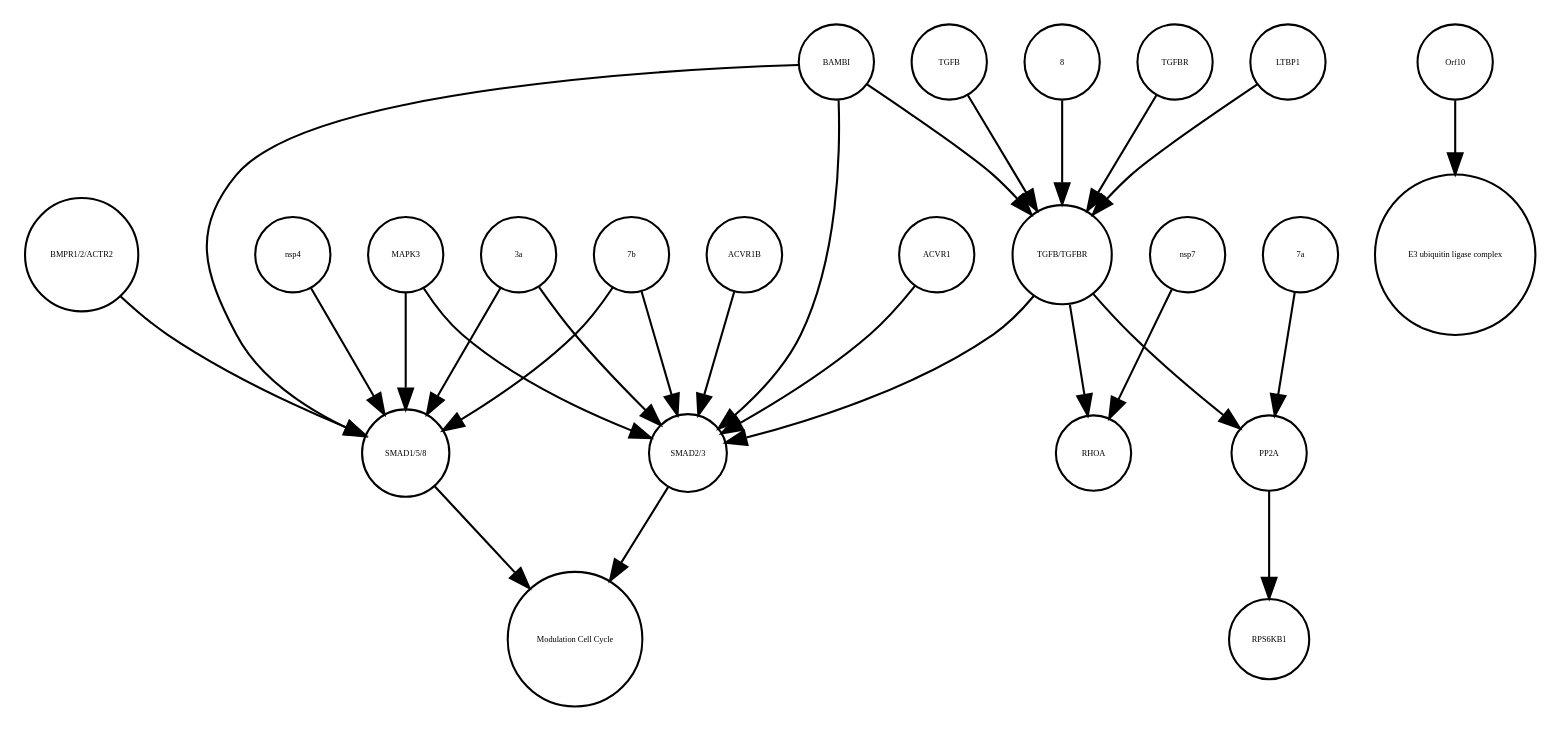
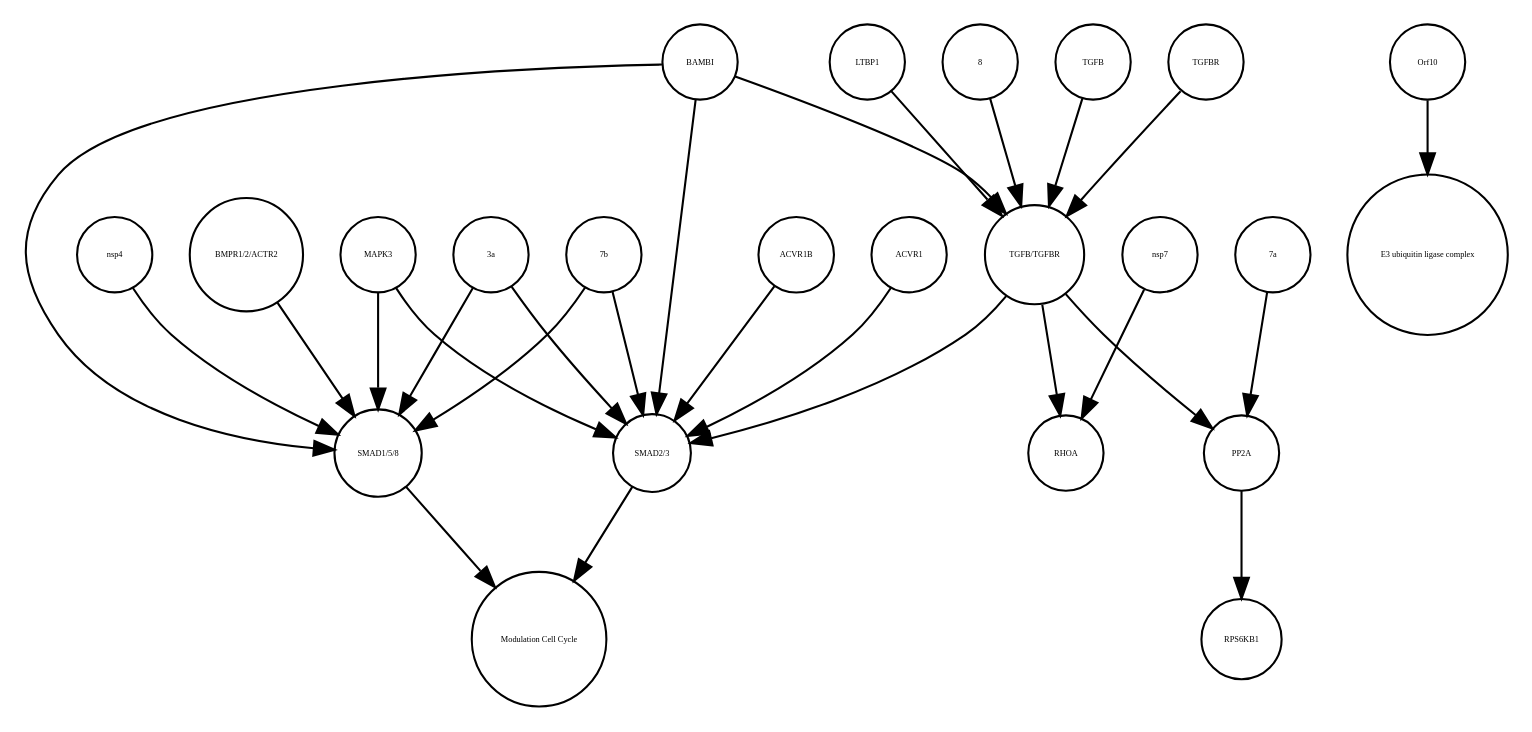
The diagram in TGFB_pathway_stable.xml_projected.dot (cannin/covid19-sbgn), drawn with Graphviz before and after one commit. The commit also changed other lines of this file and 564 other files, not shown here.

```diff
--- a/TGFB_pathway_stable.xml_projected.dot
+++ b/TGFB_pathway_stable.xml_projected.dot
@@ -1,51 +1,51 @@
 strict digraph  {
 "SMAD1/5/8" [annotation="", bipartite=0, cls=complex, fontsize=4, label="SMAD1/5/8", shape=circle];
 "Modulation Cell Cycle" [annotation="", bipartite=0, cls=phenotype, fontsize=4, label="Modulation Cell Cycle", shape=circle];
 "SMAD2/3" [annotation="", bipartite=0, cls=complex, fontsize=4, label="SMAD2/3", shape=circle];
+RHOA [annotation="", bipartite=0, cls=macromolecule, fontsize=4, label=RHOA, shape=circle];
+BAMBI [annotation="", bipartite=0, cls=macromolecule, fontsize=4, label=BAMBI, shape=circle];
+nsp4 [annotation="", bipartite=0, cls=macromolecule, fontsize=4, label=nsp4, shape=circle];
+ACVR1B [annotation="", bipartite=0, cls=macromolecule, fontsize=4, label=ACVR1B, shape=circle];
+nsp7 [annotation="", bipartite=0, cls=macromolecule, fontsize=4, label=nsp7, shape=circle];
 8 [annotation="", bipartite=0, cls=macromolecule, fontsize=4, label=8, shape=circle];
-ACVR1B [annotation="", bipartite=0, cls=macromolecule, fontsize=4, label=ACVR1B, shape=circle];
-RHOA [annotation="", bipartite=0, cls=macromolecule, fontsize=4, label=RHOA, shape=circle];
+MAPK3 [annotation="", bipartite=0, cls=macromolecule, fontsize=4, label=MAPK3, shape=circle];
 "BMPR1/2/ACTR2" [annotation="", bipartite=0, cls=complex, fontsize=4, label="BMPR1/2/ACTR2", shape=circle];
-MAPK3 [annotation="", bipartite=0, cls=macromolecule, fontsize=4, label=MAPK3, shape=circle];
+"E3 ubiquitin ligase complex" [annotation="", bipartite=0, cls=complex, fontsize=4, label="E3 ubiquitin ligase complex", shape=circle];
+TGFB [annotation="", bipartite=0, cls=macromolecule, fontsize=4, label=TGFB, shape=circle];
+TGFBR [annotation="", bipartite=0, cls=complex, fontsize=4, label=TGFBR, shape=circle];
+PP2A [annotation="", bipartite=0, cls=complex, fontsize=4, label=PP2A, shape=circle];
+Orf10 [annotation=urn_miriam_ncbiprotein_BCD58762, bipartite=0, cls=macromolecule, fontsize=4, label=Orf10, shape=circle];
+LTBP1 [annotation="", bipartite=0, cls=macromolecule, fontsize=4, label=LTBP1, shape=circle];
+"TGFB/TGFBR" [annotation="", bipartite=0, cls=complex, fontsize=4, label="TGFB/TGFBR", shape=circle];
 "3a" [annotation="", bipartite=0, cls=macromolecule, fontsize=4, label="3a", shape=circle];
-TGFBR [annotation="", bipartite=0, cls=complex, fontsize=4, label=TGFBR, shape=circle];
-LTBP1 [annotation="", bipartite=0, cls=macromolecule, fontsize=4, label=LTBP1, shape=circle];
-"E3 ubiquitin ligase complex" [annotation="", bipartite=0, cls=complex, fontsize=4, label="E3 ubiquitin ligase complex", shape=circle];
-BAMBI [annotation="", bipartite=0, cls=macromolecule, fontsize=4, label=BAMBI, shape=circle];
 RPS6KB1 [annotation="", bipartite=0, cls=macromolecule, fontsize=4, label=RPS6KB1, shape=circle];
 ACVR1 [annotation="", bipartite=0, cls=macromolecule, fontsize=4, label=ACVR1, shape=circle];
-PP2A [annotation="", bipartite=0, cls=complex, fontsize=4, label=PP2A, shape=circle];
-nsp4 [annotation="", bipartite=0, cls=macromolecule, fontsize=4, label=nsp4, shape=circle];
-"TGFB/TGFBR" [annotation="", bipartite=0, cls=complex, fontsize=4, label="TGFB/TGFBR", shape=circle];
+"7a" [annotation="", bipartite=0, cls=macromolecule, fontsize=4, label="7a", shape=circle];
 "7b" [annotation="", bipartite=0, cls=macromolecule, fontsize=4, label="7b", shape=circle];
-TGFB [annotation="", bipartite=0, cls=macromolecule, fontsize=4, label=TGFB, shape=circle];
-Orf10 [annotation=urn_miriam_ncbiprotein_BCD58762, bipartite=0, cls=macromolecule, fontsize=4, label=Orf10, shape=circle];
-"7a" [annotation="", bipartite=0, cls=macromolecule, fontsize=4, label="7a", shape=circle];
-nsp7 [annotation="", bipartite=0, cls=macromolecule, fontsize=4, label=nsp7, shape=circle];
 "SMAD1/5/8" -> "Modulation Cell Cycle"  [annotation="", interaction_type=stimulation];
 "SMAD2/3" -> "Modulation Cell Cycle"  [annotation="", interaction_type=stimulation];
+BAMBI -> "SMAD2/3"  [annotation="urn_miriam_doi_10.1101%2F2020.06.17.156455", interaction_type=inhibition];
+BAMBI -> "SMAD1/5/8"  [annotation="urn_miriam_doi_10.1101%2F2020.06.17.156455", interaction_type=inhibition];
+BAMBI -> "TGFB/TGFBR"  [annotation="urn_miriam_doi_10.1101%2F2020.06.17.156455", interaction_type=inhibition];
+nsp4 -> "SMAD1/5/8"  [annotation="urn_miriam_doi_10.1101%2F2020.06.17.156455", interaction_type=stimulation];
+ACVR1B -> "SMAD2/3"  [annotation="urn_miriam_doi_10.1101%2F2020.06.17.156455", interaction_type=catalysis];
+nsp7 -> RHOA  [annotation="urn_miriam_doi_10.1101%2F2020.06.17.156455", interaction_type=stimulation];
 8 -> "TGFB/TGFBR"  [annotation="urn_miriam_doi_10.1101%2F2020.06.17.156455", interaction_type=stimulation];
-ACVR1B -> "SMAD2/3"  [annotation="urn_miriam_doi_10.1101%2F2020.06.17.156455", interaction_type=catalysis];
-"BMPR1/2/ACTR2" -> "SMAD1/5/8"  [annotation="urn_miriam_doi_10.1101%2F2020.06.17.156455", interaction_type=catalysis];
 MAPK3 -> "SMAD2/3"  [annotation="urn_miriam_doi_10.1101%2F2020.06.17.156455", interaction_type=inhibition];
 MAPK3 -> "SMAD1/5/8"  [annotation="urn_miriam_doi_10.1101%2F2020.06.17.156455", interaction_type=inhibition];
+"BMPR1/2/ACTR2" -> "SMAD1/5/8"  [annotation="urn_miriam_doi_10.1101%2F2020.06.17.156455", interaction_type=catalysis];
+TGFB -> "TGFB/TGFBR"  [annotation="", interaction_type=production];
+TGFBR -> "TGFB/TGFBR"  [annotation="", interaction_type=production];
+PP2A -> RPS6KB1  [annotation="", interaction_type=catalysis];
+Orf10 -> "E3 ubiquitin ligase complex"  [annotation="", interaction_type=production];
+LTBP1 -> "TGFB/TGFBR"  [annotation="urn_miriam_doi_10.1101%2F2020.06.17.156455", interaction_type=inhibition];
+"TGFB/TGFBR" -> PP2A  [annotation="urn_miriam_doi_10.1101%2F2020.03.31.019216", interaction_type=stimulation];
+"TGFB/TGFBR" -> "SMAD2/3"  [annotation="urn_miriam_doi_10.1101%2F2020.06.17.156455", interaction_type=stimulation];
+"TGFB/TGFBR" -> RHOA  [annotation="urn_miriam_doi_10.1101%2F2020.06.17.156455", interaction_type=stimulation];
 "3a" -> "SMAD2/3"  [annotation="urn_miriam_doi_10.1101%2F2020.06.17.156455", interaction_type=stimulation];
 "3a" -> "SMAD1/5/8"  [annotation="urn_miriam_doi_10.1101%2F2020.06.17.156455", interaction_type=stimulation];
-TGFBR -> "TGFB/TGFBR"  [annotation="", interaction_type=production];
-LTBP1 -> "TGFB/TGFBR"  [annotation="urn_miriam_doi_10.1101%2F2020.06.17.156455", interaction_type=inhibition];
-BAMBI -> "TGFB/TGFBR"  [annotation="urn_miriam_doi_10.1101%2F2020.06.17.156455", interaction_type=inhibition];
-BAMBI -> "SMAD2/3"  [annotation="urn_miriam_doi_10.1101%2F2020.06.17.156455", interaction_type=inhibition];
-BAMBI -> "SMAD1/5/8"  [annotation="urn_miriam_doi_10.1101%2F2020.06.17.156455", interaction_type=inhibition];
 ACVR1 -> "SMAD2/3"  [annotation="urn_miriam_doi_10.1101%2F2020.06.17.156455", interaction_type=catalysis];
-PP2A -> RPS6KB1  [annotation="", interaction_type=catalysis];
-nsp4 -> "SMAD1/5/8"  [annotation="urn_miriam_doi_10.1101%2F2020.06.17.156455", interaction_type=stimulation];
-"TGFB/TGFBR" -> RHOA  [annotation="urn_miriam_doi_10.1101%2F2020.06.17.156455", interaction_type=stimulation];
-"TGFB/TGFBR" -> PP2A  [annotation="urn_miriam_doi_10.1101%2F2020.03.31.019216", interaction_type=stimulation];
-"TGFB/TGFBR" -> "SMAD2/3"  [annotation="urn_miriam_doi_10.1101%2F2020.06.17.156455", interaction_type=stimulation];
+"7a" -> PP2A  [annotation="urn_miriam_doi_10.1101%2F2020.03.31.019216", interaction_type=stimulation];
 "7b" -> "SMAD2/3"  [annotation="urn_miriam_doi_10.1101%2F2020.06.17.156455", interaction_type=stimulation];
 "7b" -> "SMAD1/5/8"  [annotation="urn_miriam_doi_10.1101%2F2020.06.17.156455", interaction_type=stimulation];
-TGFB -> "TGFB/TGFBR"  [annotation="", interaction_type=production];
-Orf10 -> "E3 ubiquitin ligase complex"  [annotation="", interaction_type=production];
-"7a" -> PP2A  [annotation="urn_miriam_doi_10.1101%2F2020.03.31.019216", interaction_type=stimulation];
-nsp7 -> RHOA  [annotation="urn_miriam_doi_10.1101%2F2020.06.17.156455", interaction_type=stimulation];
 }
```
